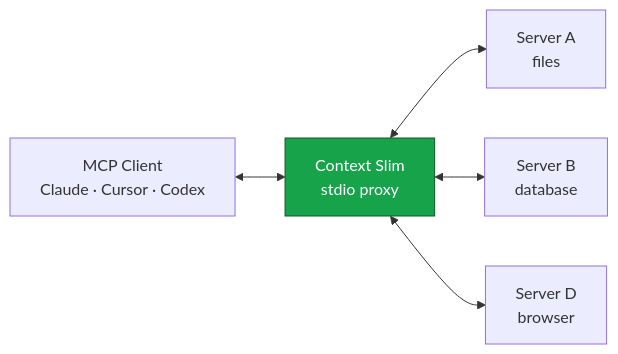
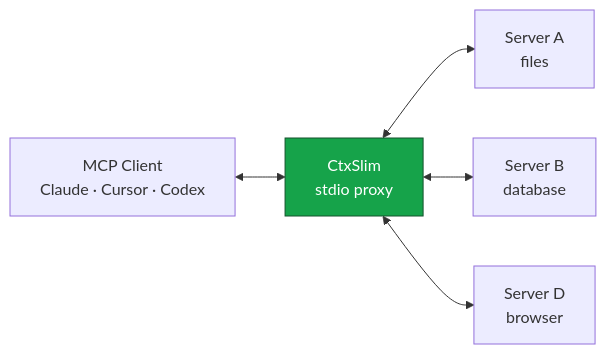
Before and after one commit to v01dst/ctxslim: the diagram in README.md, drawn with Mermaid. The commit also changed other lines of this file and 15 other files, not shown here.

````diff
--- a/README.md
+++ b/README.md
@@ -77,8 +84,8 @@
 ```mermaid
 flowchart LR
-    C[MCP Client<br/>Claude · Cursor · Codex] <--> S[Context Slim<br/>stdio proxy]
+    C[MCP Client<br/>Claude · Cursor · Codex] <--> S[CtxSlim<br/>stdio proxy]
     S <--> A[Server A<br/>files]
     S <--> B[Server B<br/>database]
     S <--> D[Server D<br/>browser]
     style S fill:#16a34a,stroke:#14532d,color:#fff
 ```
````
